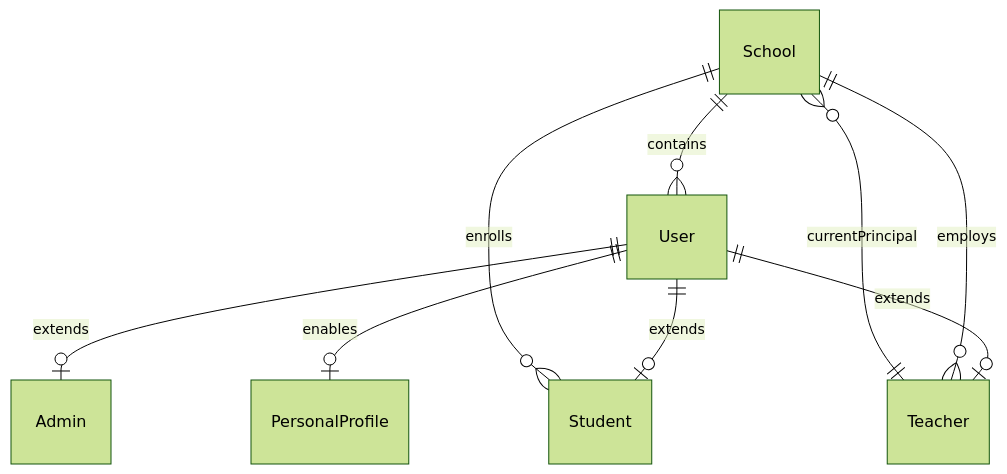
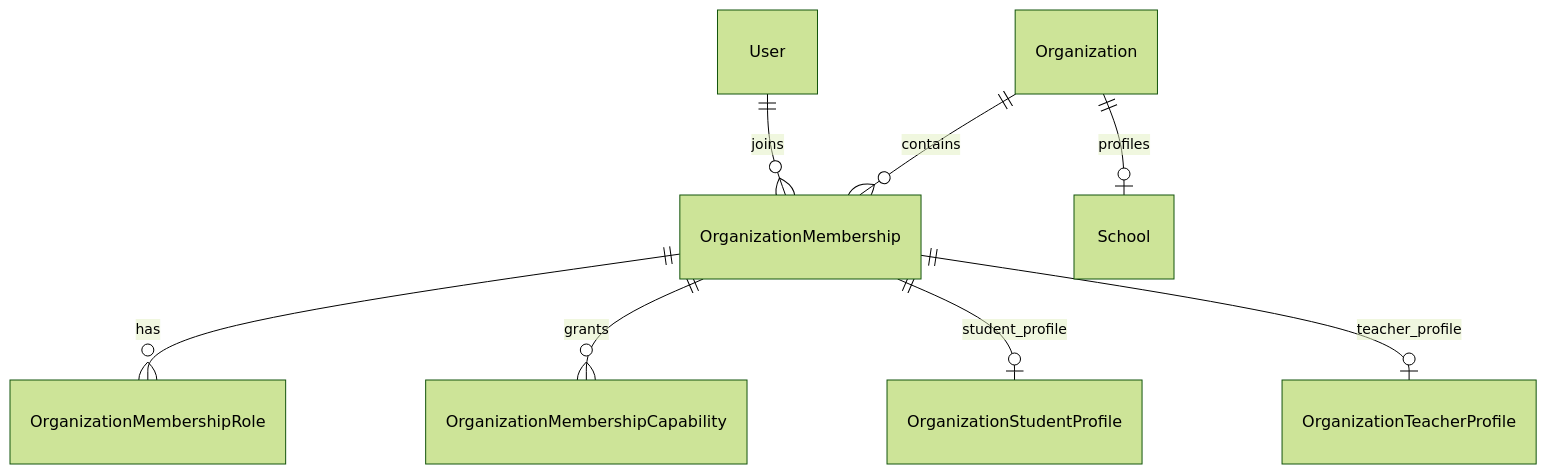
Before and after one commit to carits/oi-manager: the first of 3 diagrams in docs/architecture/DATA_MODEL.md, drawn with Mermaid (forest theme). The commit also changed other lines of this file and 46 other files, not shown here.

````diff
--- a/docs/architecture/DATA_MODEL.md
+++ b/docs/architecture/DATA_MODEL.md
@@ -26,11 +29,10 @@
 ```mermaid
 erDiagram
-  School ||--o{ User : contains
-  User ||--o| Admin : extends
-  User ||--o| Teacher : extends
-  User ||--o| Student : extends
-  User ||--o| PersonalProfile : enables
-  School ||--o{ Teacher : employs
-  School ||--o{ Student : enrolls
-  School }o--|| Teacher : currentPrincipal
+  User ||--o{ OrganizationMembership : joins
+  Organization ||--o{ OrganizationMembership : contains
+  Organization ||--o| School : profiles
+  OrganizationMembership ||--o{ OrganizationMembershipRole : has
+  OrganizationMembership ||--o{ OrganizationMembershipCapability : grants
+  OrganizationMembership ||--o| OrganizationStudentProfile : student_profile
+  OrganizationMembership ||--o| OrganizationTeacherProfile : teacher_profile
 ```
````
